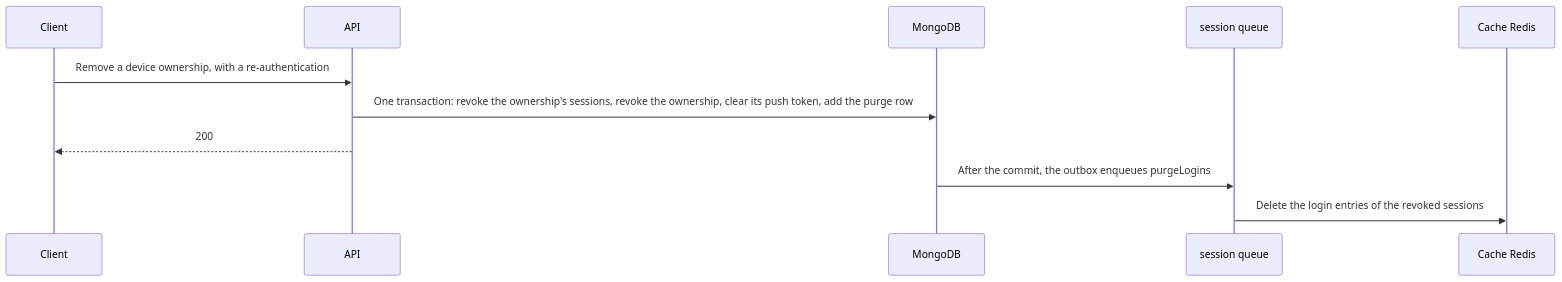
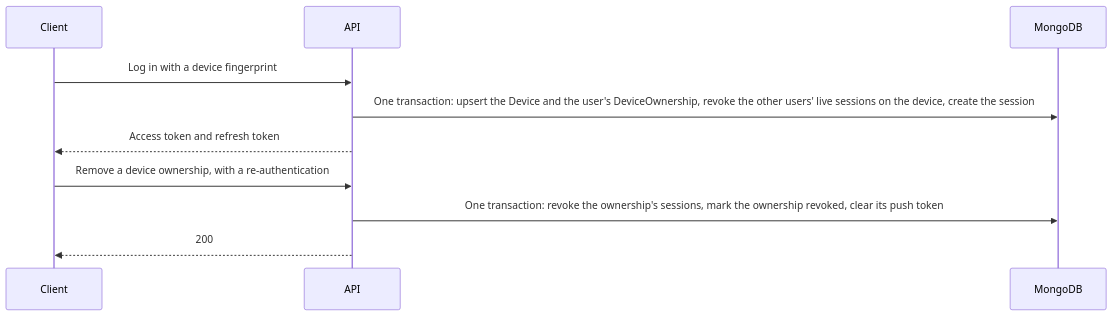
The diagram in docs/concepts/device.md (andrechristikan/ack-nestjs-boilerplate), drawn with Mermaid before and after one commit. The commit also changed other lines of this file and 35 other files, not shown here.

Commit message:
docs: draw every diagram top to bottom and match each to its page

````diff
--- a/docs/concepts/device.md
+++ b/docs/concepts/device.md
@@ -31,14 +33,13 @@
 ```mermaid
 sequenceDiagram
     participant C as Client
     participant A as API
     participant DB as MongoDB
-    participant Q as session queue
-    participant R as Cache Redis
 
+    C->>A: Log in with a device fingerprint
+    A->>DB: One transaction: upsert the Device and the user's DeviceOwnership, revoke the other users' live sessions on the device, create the session
+    A-->>C: Access token and refresh token
     C->>A: Remove a device ownership, with a re-authentication
-    A->>DB: One transaction: revoke the ownership's sessions, revoke the ownership, clear its push token, add the purge row
+    A->>DB: One transaction: revoke the ownership's sessions, mark the ownership revoked, clear its push token
     A-->>C: 200
-    DB->>Q: After the commit, the outbox enqueues purgeLogins
-    Q->>R: Delete the login entries of the revoked sessions
 ```
````
